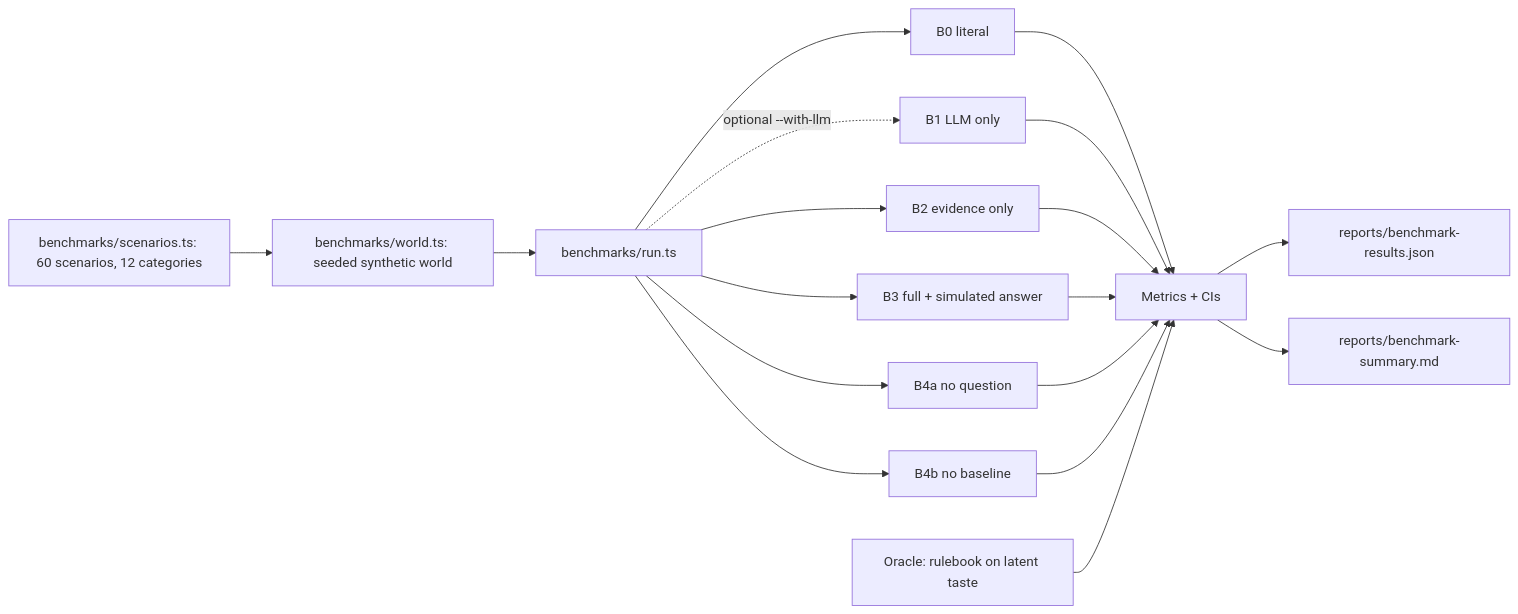
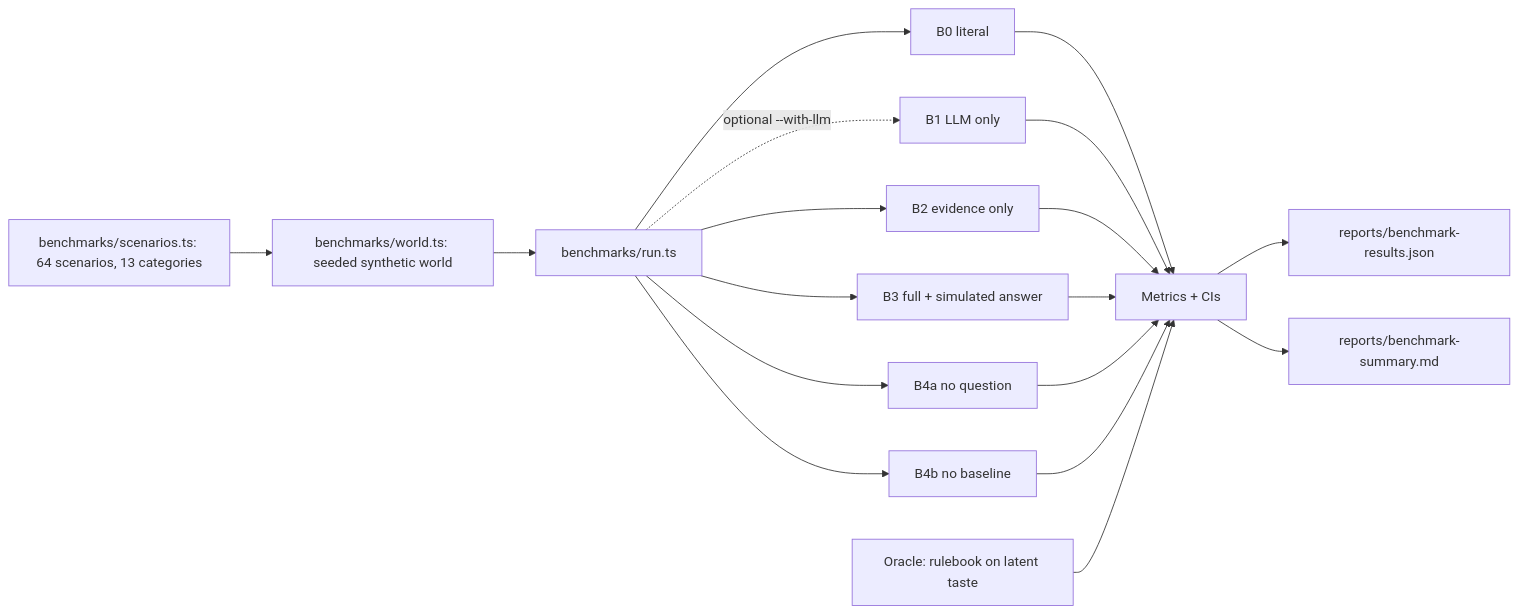
Before and after one commit to victrvondoom/qloo: the fourth of 4 diagrams in docs/ARCHITECTURE.md, drawn with Mermaid. The commit also changed other lines of this file and 14 other files, not shown here.

````diff
--- a/docs/ARCHITECTURE.md
+++ b/docs/ARCHITECTURE.md
@@ -171,11 +175,11 @@
 ```mermaid
 flowchart LR
-  S[benchmarks/scenarios.ts: 60 scenarios, 12 categories] --> W[benchmarks/world.ts: seeded synthetic world]
+  S[benchmarks/scenarios.ts: 64 scenarios, 13 categories] --> W[benchmarks/world.ts: seeded synthetic world]
   W --> R[benchmarks/run.ts]
   R --> B0[B0 literal] & B2[B2 evidence only] & B3[B3 full + simulated answer] & B4a[B4a no question] & B4b[B4b no baseline]
   R -.optional --with-llm.-> B1[B1 LLM only]
   B0 & B1 & B2 & B3 & B4a & B4b --> M[Metrics + CIs]
   O[Oracle: rulebook on latent taste] --> M
   M --> J[reports/benchmark-results.json]
   M --> MD[reports/benchmark-summary.md]
 ```
````
